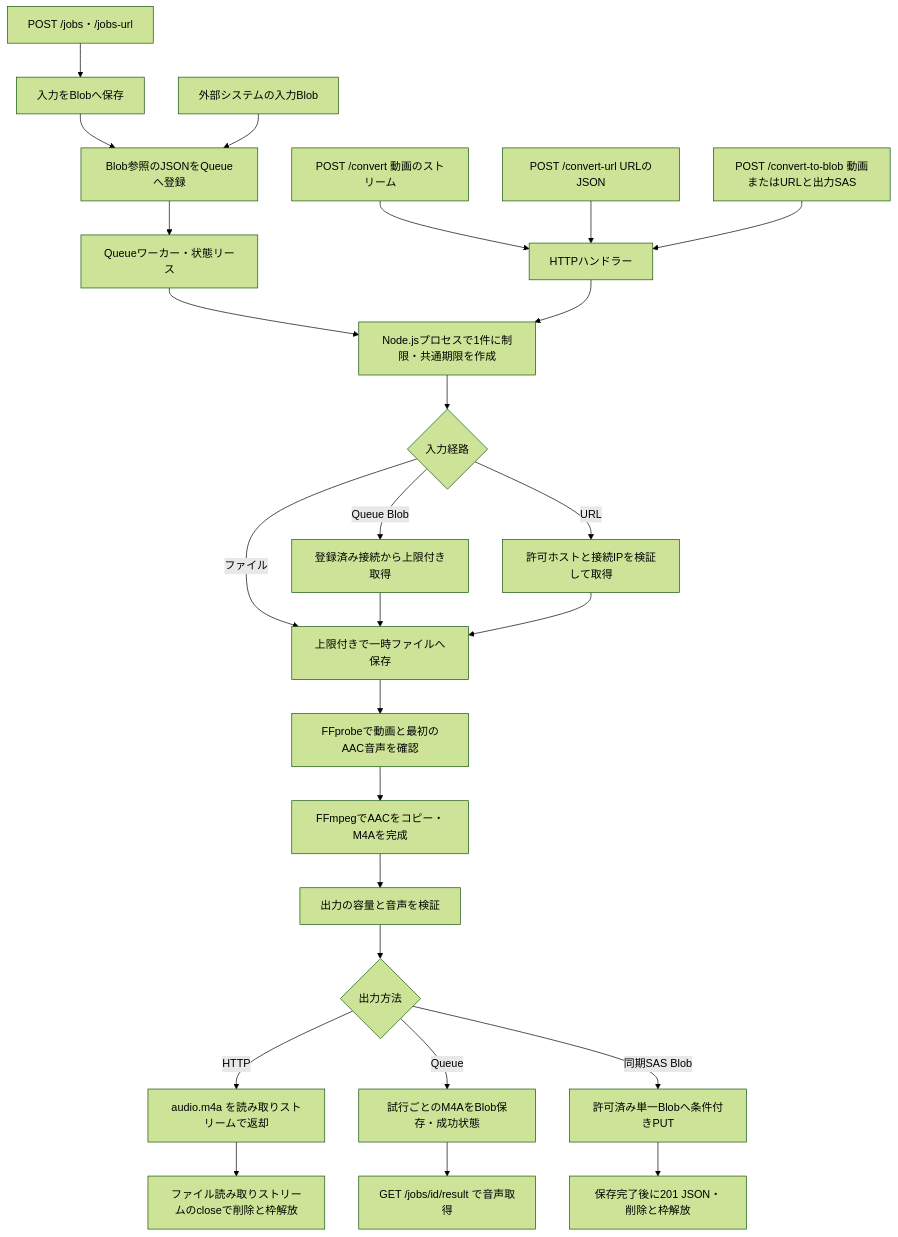
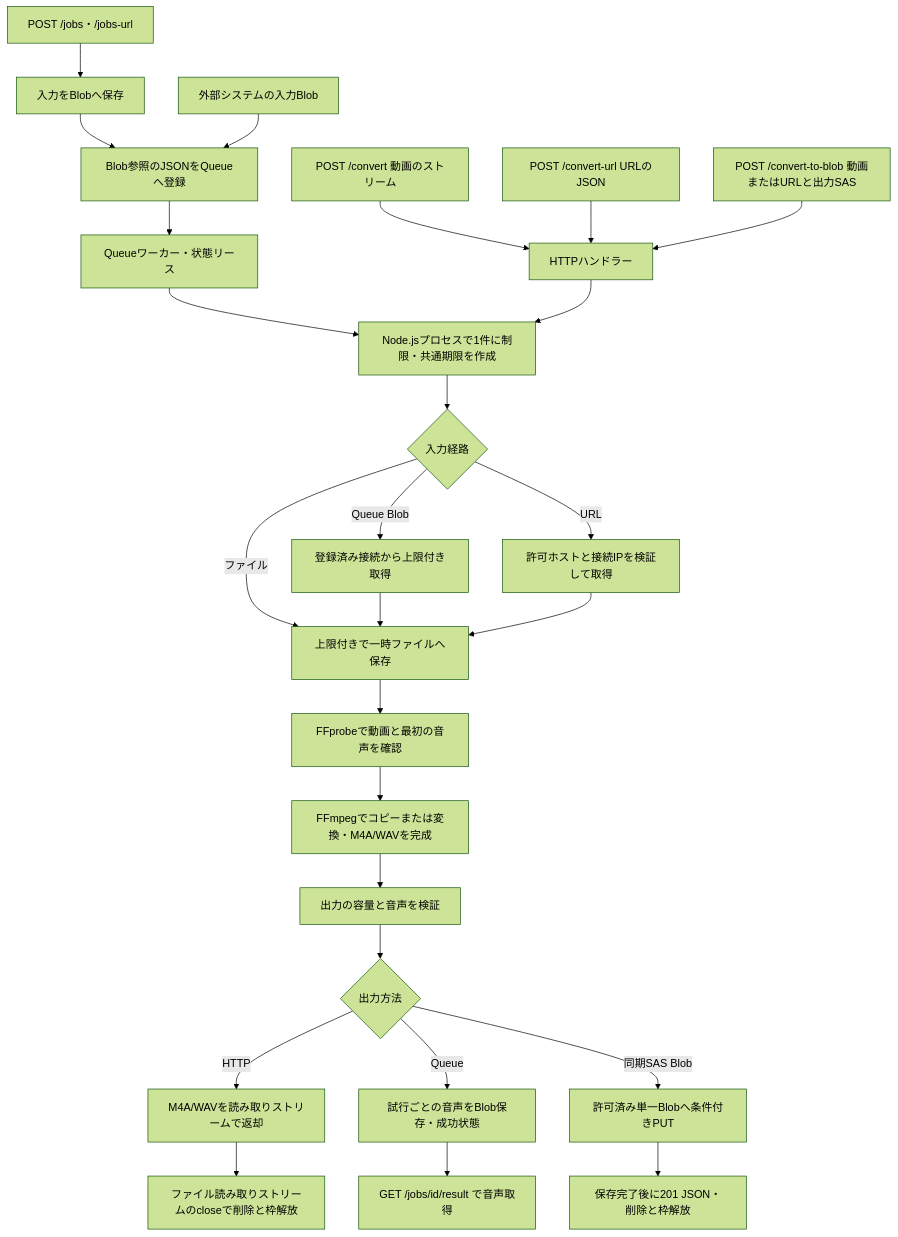
One commit to sunu-py-jp/convertX2X changed the diagram in docs/movie2audio.md. Above: the diagram before and after it, drawn with Mermaid (forest theme). The commit also changed other lines of this file and 81 other files, not shown here.

````diff
--- a/docs/movie2audio.md
+++ b/docs/movie2audio.md
@@ -9,28 +9,28 @@
 ```mermaid
 flowchart TD
     Upload[POST /convert 動画のストリーム] --> Http[HTTPハンドラー]
     URL[POST /convert-url URLのJSON] --> Http
     BlobRequest[POST /convert-to-blob 動画またはURLと出力SAS] --> Http
     Jobs[POST /jobs・/jobs-url] --> InputBlob[入力をBlobへ保存]
     InputBlob --> Queue[Blob参照のJSONをQueueへ登録]
     External[外部システムの入力Blob] --> Queue
     Queue --> Worker[Queueワーカー・状態リース]
     Worker --> Guard[Node.jsプロセスで1件に制限・共通期限を作成]
     Http --> Guard
     Guard --> Source{入力経路}
     Source -->|ファイル| Save[上限付きで一時ファイルへ保存]
     Source -->|Queue Blob| BlobInput[登録済み接続から上限付き取得]
     BlobInput --> Save
     Source -->|URL| Download[許可ホストと接続IPを検証して取得]
     Download --> Save
-    Save --> Probe[FFprobeで動画と最初のAAC音声を確認]
-    Probe --> Copy[FFmpegでAACをコピー・M4Aを完成]
-    Copy --> Verify[出力の容量と音声を検証]
+    Save --> Probe[FFprobeで動画と最初の音声を確認]
+    Probe --> Convert[FFmpegでコピーまたは変換・M4A/WAVを完成]
+    Convert --> Verify[出力の容量と音声を検証]
     Verify --> Output{出力方法}
-    Output -->|HTTP| Response[audio.m4a を読み取りストリームで返却]
-    Output -->|Queue| ResultBlob[試行ごとのM4AをBlob保存・成功状態]
+    Output -->|HTTP| Response[M4A/WAVを読み取りストリームで返却]
+    Output -->|Queue| ResultBlob[試行ごとの音声をBlob保存・成功状態]
     ResultBlob --> GetResult[GET /jobs/id/result で音声取得]
     Output -->|同期SAS Blob| Store[許可済み単一Blobへ条件付きPUT]
     Store --> Stored[保存完了後に201 JSON・削除と枠解放]
     Response --> Cleanup[ファイル読み取りストリームのcloseで削除と枠解放]
 ```
````
